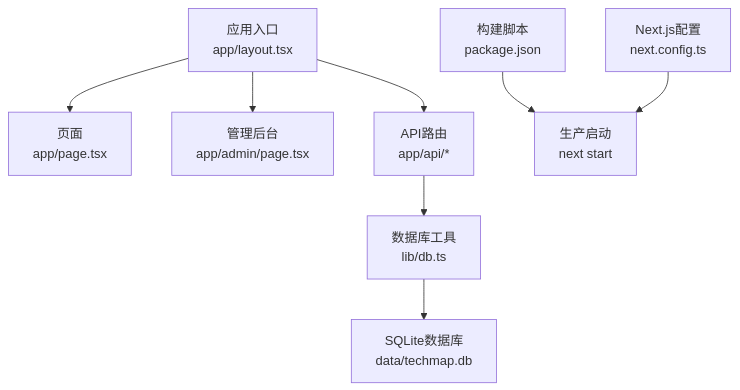
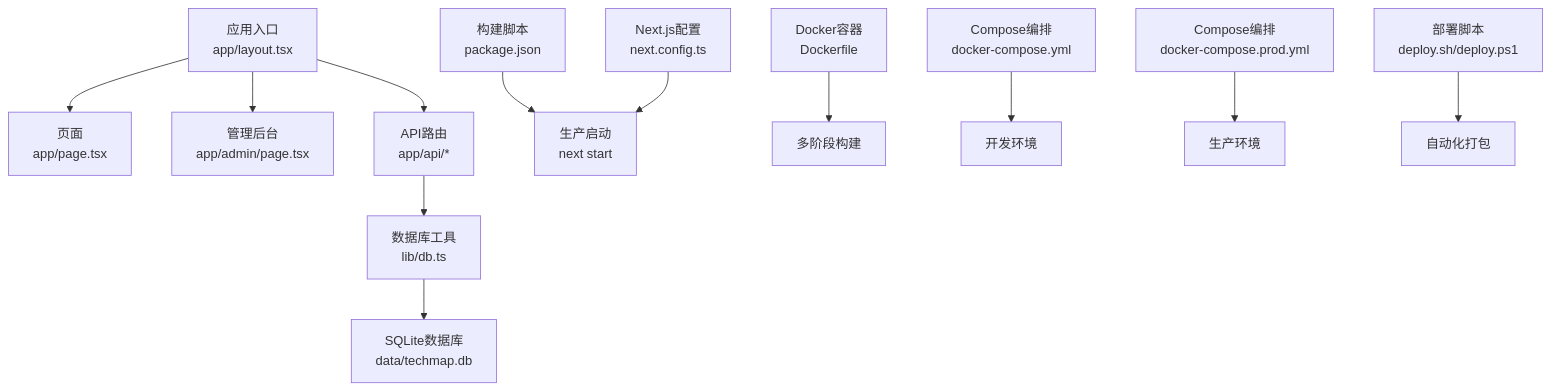
One commit to tutusiji/lantu-next changed the first of 7 diagrams in .qoder/repowiki/zh/content/部署指南.md. Above: the diagram before and after it, drawn with Mermaid. The commit also changed other lines of this file and 22 other files, not shown here.

````diff
--- a/.qoder/repowiki/zh/content/部署指南.md
+++ b/.qoder/repowiki/zh/content/部署指南.md
@@ -51,10 +70,14 @@
 ```mermaid
 graph TB
 A["应用入口<br/>app/layout.tsx"] --> B["页面<br/>app/page.tsx"]
 A --> C["管理后台<br/>app/admin/page.tsx"]
 A --> D["API路由<br/>app/api/*"]
 D --> E["数据库工具<br/>lib/db.ts"]
 E --> F["SQLite数据库<br/>data/techmap.db"]
 G["构建脚本<br/>package.json"] --> H["生产启动<br/>next start"]
 I["Next.js配置<br/>next.config.ts"] --> H
+J["Docker容器<br/>Dockerfile"] --> K["多阶段构建"]
+L["Compose编排<br/>docker-compose.yml"] --> M["开发环境"]
+N["Compose编排<br/>docker-compose.prod.yml"] --> O["生产环境"]
+P["部署脚本<br/>deploy.sh/deploy.ps1"] --> Q["自动化打包"]
 ```
````
